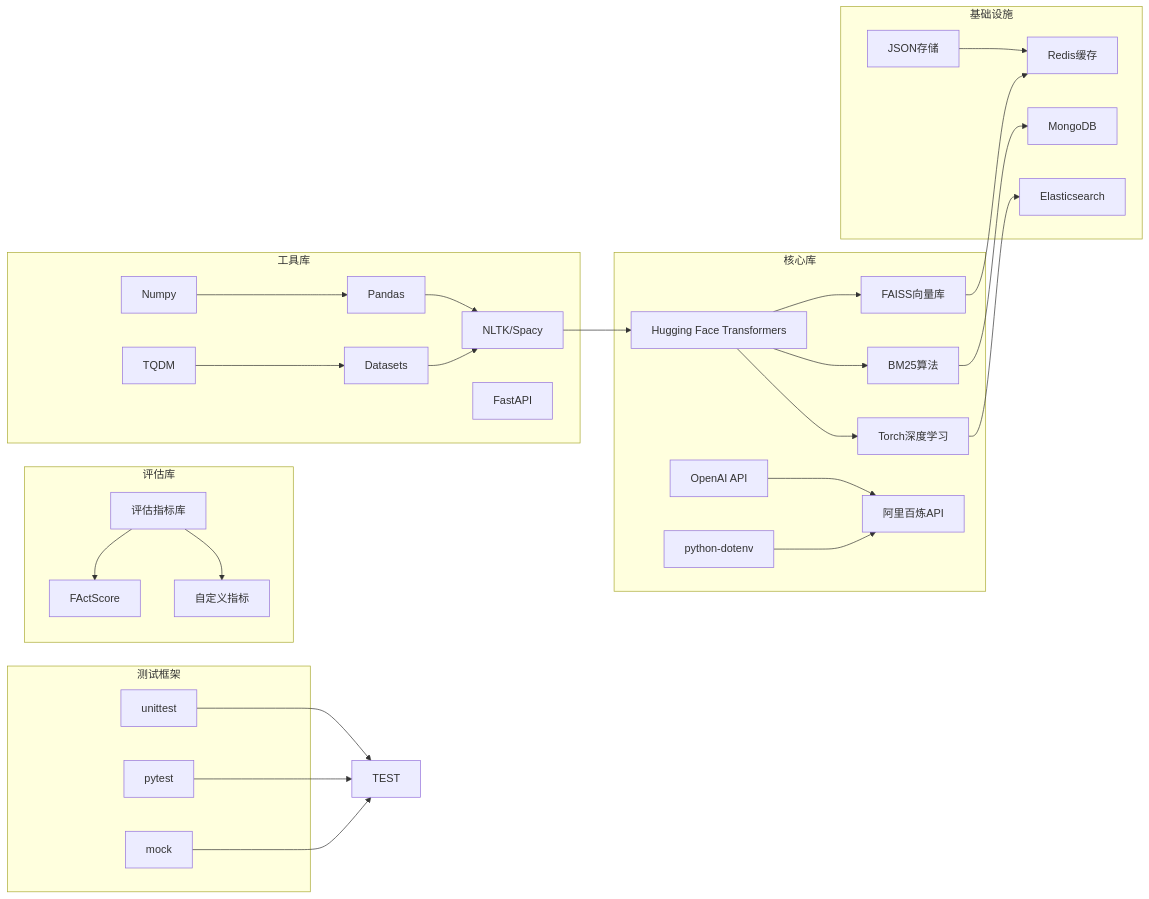
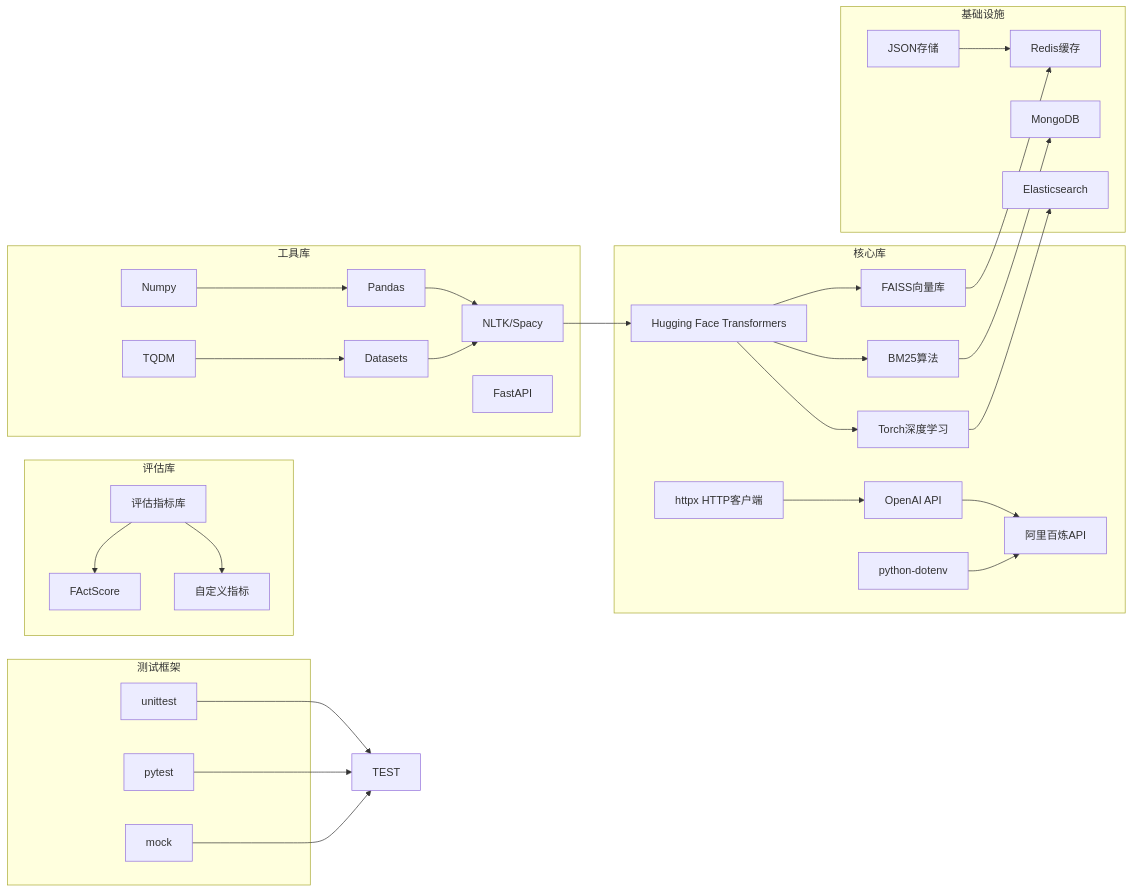
Diagram 12 of 12 in .qoder/repowiki/zh/content/技术实现指南/技术实现指南.md (kitee0918/-nlp-rag-project), drawn with Mermaid before and after one commit. The commit also changed other lines of this file and 7 other files, not shown here.

````diff
--- a/.qoder/repowiki/zh/content/技术实现指南/技术实现指南.md
+++ b/.qoder/repowiki/zh/content/技术实现指南/技术实现指南.md
@@ -504,56 +505,58 @@
 ```mermaid
 graph LR
 subgraph "核心库"
 HF[Hugging Face Transformers]
 FAISS[FAISS向量库]
 BM25[BM25算法]
 TORCH[Torch深度学习]
 OPENAI[OpenAI API]
 ENDPOINT[阿里百炼API]
 DOTENV[python-dotenv]
+HTTPX[httpx HTTP客户端]
 ENDPOINT[阿里百炼API]
 end
 subgraph "工具库"
 NLP[NLTK/Spacy]
 PANDAS[Pandas]
 NUMPY[Numpy]
 FASTAPI[FastAPI]
 DATASETS[Datasets]
 TQDM[TQDM]
 end
 subgraph "评估库"
 SCORERS[评估指标库]
 FSCORE[FActScore]
 METRICS[自定义指标]
 end
 subgraph "基础设施"
 REDIS[Redis缓存]
 MONGO[MongoDB]
 ELASTIC[Elasticsearch]
 JSON[JSON存储]
 end
 subgraph "测试框架"
 UNI[unittest]
 PYTEST[pytest]
 MOCK[mock]
 end
 HF --> FAISS
 HF --> BM25
 HF --> TORCH
 OPENAI --> ENDPOINT
 DOTENV --> ENDPOINT
+HTTPX --> OPENAI
 NLP --> HF
 PANDAS --> NLP
 NUMPY --> PANDAS
 DATASETS --> NLP
 TQDM --> DATASETS
 SCORERS --> FSCORE
 SCORERS --> METRICS
 FAISS --> REDIS
 BM25 --> MONGO
 TORCH --> ELASTIC
 JSON --> REDIS
 UNI --> TEST
 PYTEST --> TEST
 MOCK --> TEST
 ```
````
